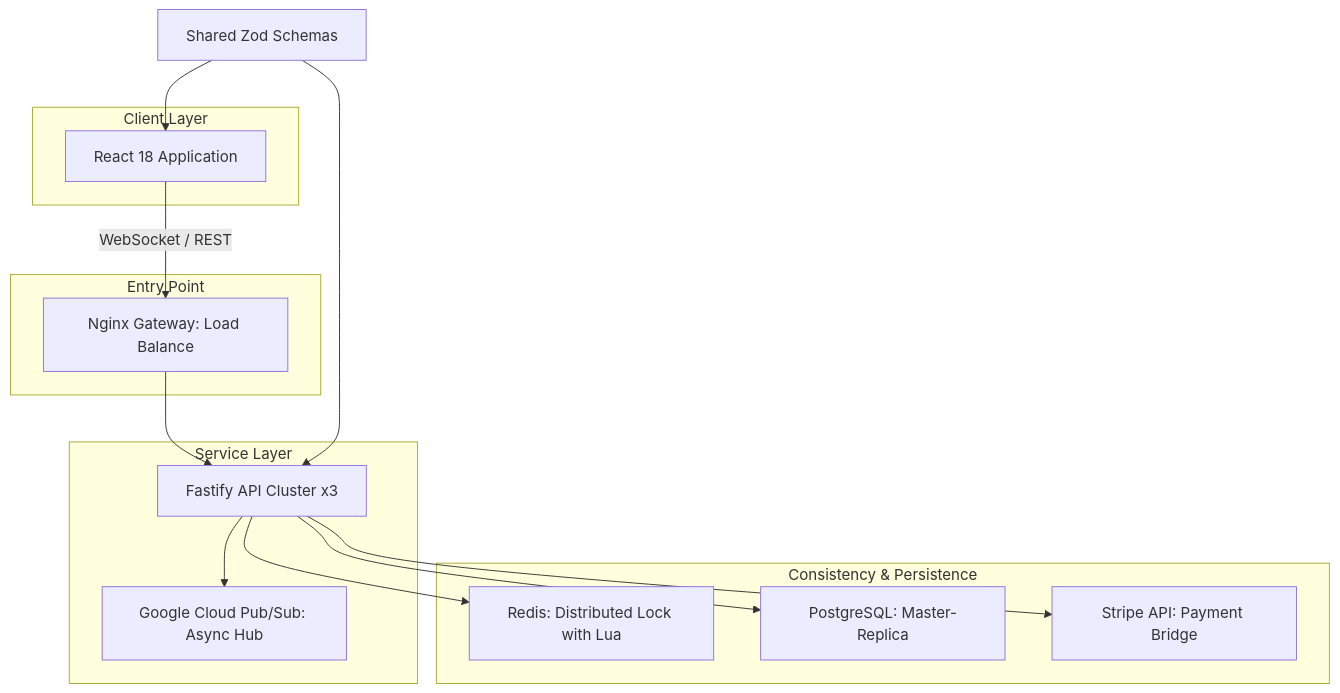
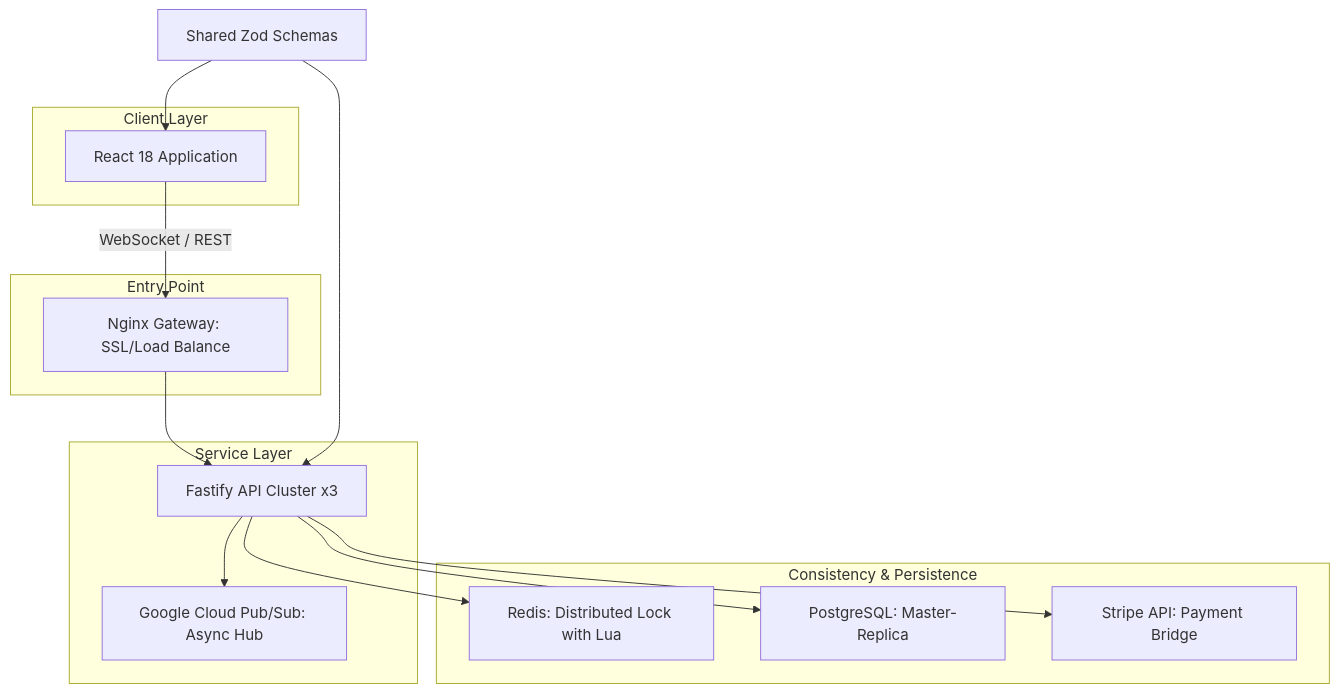
Before and after one commit to genesisgzdev/Project-MegaTicketing: the diagram in README.md, drawn with Mermaid. The commit also changed other lines of this file and 234 other files, not shown here.

````diff
--- a/README.md
+++ b/README.md
@@ -9,27 +20,27 @@
 ```mermaid
 graph TD
     subgraph "Client Layer"
         A[React 18 Application]
     end
     subgraph "Entry Point"
-        G[Nginx Gateway: Load Balance]
+        G[Nginx Gateway: SSL/Load Balance]
     end
     subgraph "Service Layer"
         B[Fastify API Cluster x3]
         H[Google Cloud Pub/Sub: Async Hub]
     end
     subgraph "Consistency & Persistence"
         C[Redis: Distributed Lock with Lua]
         D[PostgreSQL: Master-Replica]
         E[Stripe API: Payment Bridge]
     end
 
     A -->|WebSocket / REST| G
     G --> B
     B --> C
     B --> D
     B --> E
     B --> H
     F[Shared Zod Schemas] --> A
     F --> B
 ```
````
